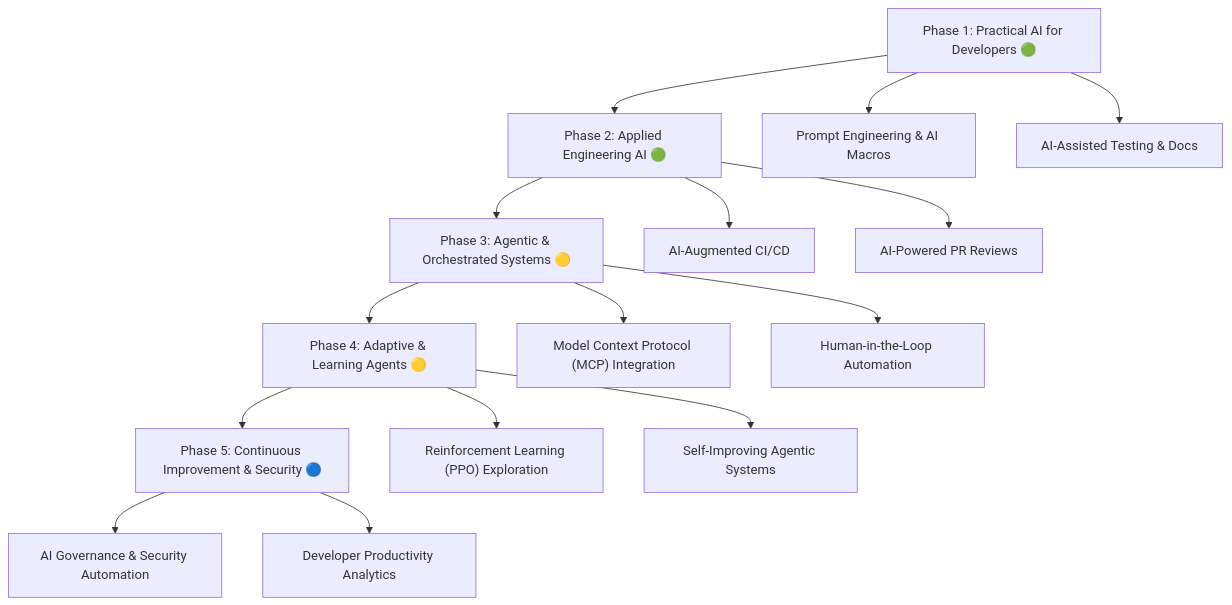
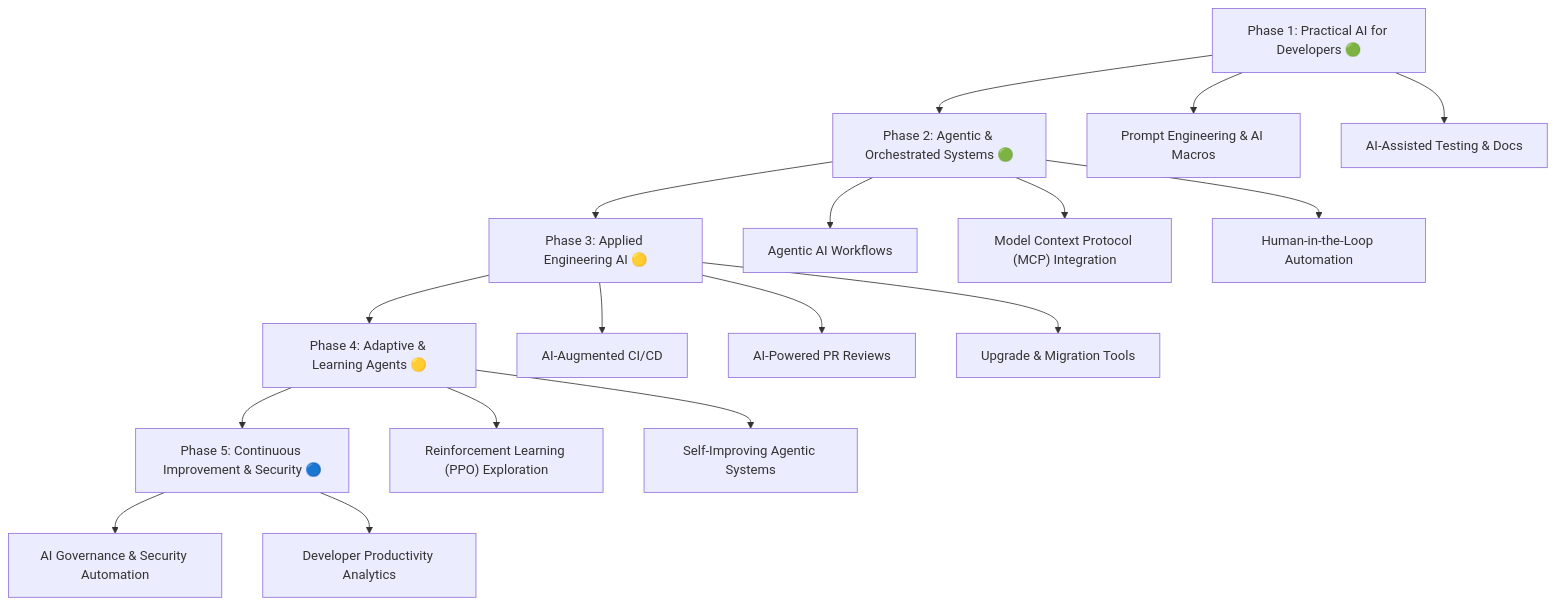
One commit to benwaar/ai-research changed the diagram in README.md. Above: the diagram before and after it, drawn with Mermaid.

Commit message:
docs: update roadmap and diagram for agentic AI focus

````diff
--- a/README.md
+++ b/README.md
@@ -64,18 +64,20 @@
 ```mermaid
 graph TD
-    A[Phase 1: Practical AI for Developers 🟢] --> B[Phase 2: Applied Engineering AI 🟢]
-    B --> C[Phase 3: Agentic & Orchestrated Systems 🟡]
+    A[Phase 1: Practical AI for Developers 🟢] --> B[Phase 2: Agentic & Orchestrated Systems 🟢]
+    B --> C[Phase 3: Applied Engineering AI 🟡]
     C --> D[Phase 4: Adaptive & Learning Agents 🟡]
     D --> E[Phase 5: Continuous Improvement & Security 🔵]
 
     A --> A1["Prompt Engineering & AI Macros"]
     A --> A2["AI-Assisted Testing & Docs"]
-    B --> B1["AI-Augmented CI/CD"]
-    B --> B2["AI-Powered PR Reviews"]
-    C --> C1["Model Context Protocol (MCP) Integration"]
-    C --> C2["Human-in-the-Loop Automation"]
+    B --> B1["Agentic AI Workflows"]
+    B --> B2["Model Context Protocol (MCP) Integration"]
+    B --> B3["Human-in-the-Loop Automation"]
+    C --> C1["AI-Augmented CI/CD"]
+    C --> C2["AI-Powered PR Reviews"]
+    C --> C3["Upgrade & Migration Tools"]
     D --> D1["Reinforcement Learning (PPO) Exploration"]
     D --> D2["Self-Improving Agentic Systems"]
     E --> E1["AI Governance & Security Automation"]
     E --> E2["Developer Productivity Analytics"]
 ```
````
